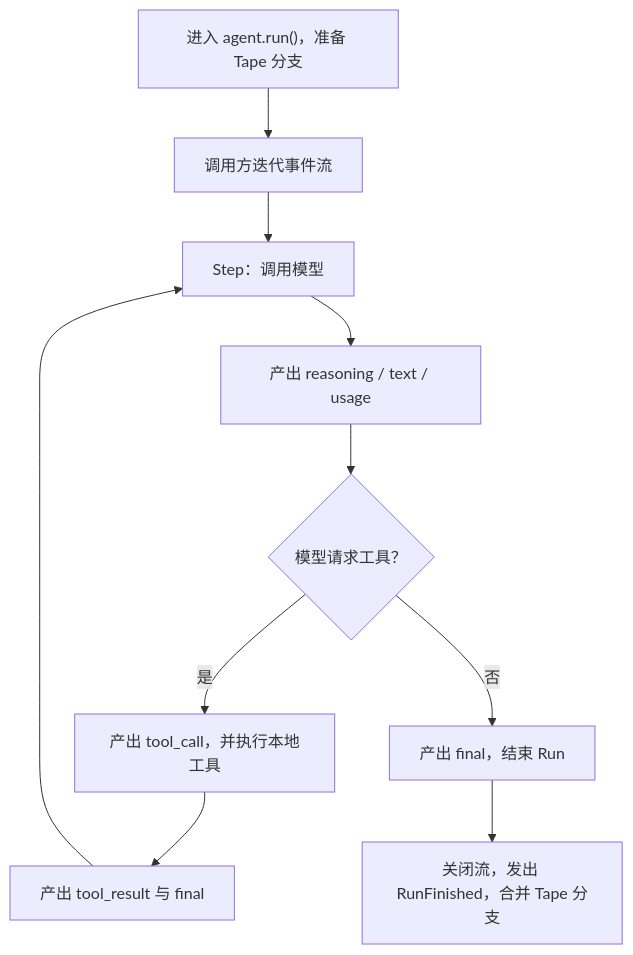
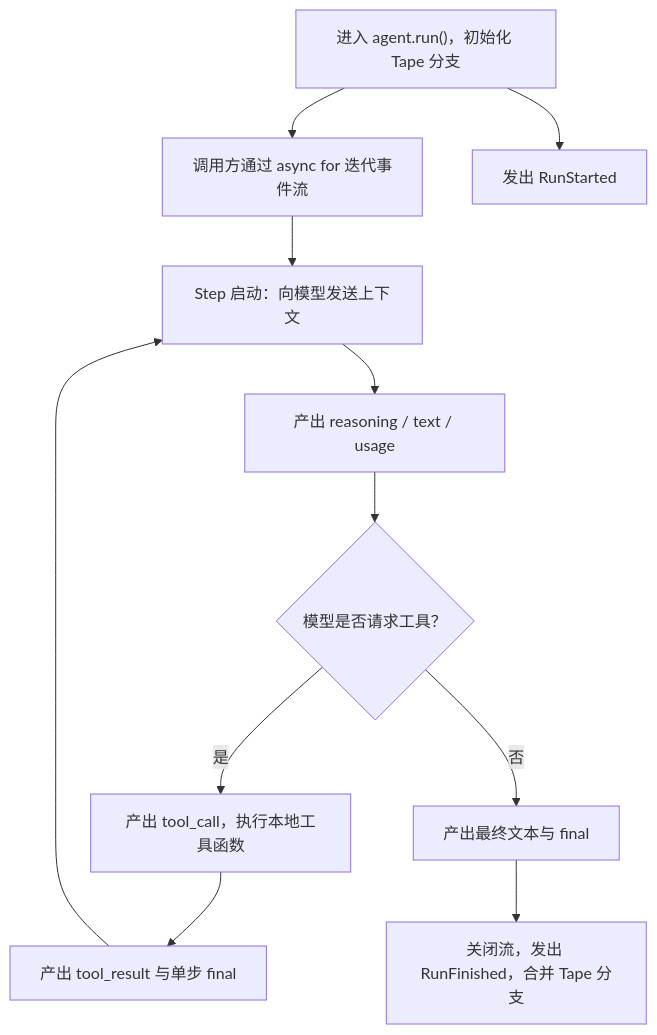
Before and after one commit to bubbuild/bub: the diagram in website/src/content/docs/zh-cn/docs/sdk/index.md, drawn with Mermaid. The commit also changed other lines of this file and 44 other files, not shown here.

````diff
--- a/website/src/content/docs/zh-cn/docs/sdk/index.md
+++ b/website/src/content/docs/zh-cn/docs/sdk/index.md
@@ -79,12 +45,13 @@
 ```mermaid
 flowchart TD
-    Start["进入 agent.run()，准备 Tape 分支"] --> Consume["调用方迭代事件流"]
-    Consume --> Step["Step：调用模型"]
+    Start["进入 agent.run()，初始化 Tape 分支"] --> Consume["调用方通过 async for 迭代事件流"]
+    Start --> RunStarted["发出 RunStarted"]
+    Consume --> Step["Step 启动：向模型发送上下文"]
     Step --> Output["产出 reasoning / text / usage"]
-    Output --> Decision{"模型请求工具？"}
-    Decision -->|"是"| Call["产出 tool_call，并执行本地工具"]
-    Call --> Result["产出 tool_result 与 final"]
+    Output --> Decision{"模型是否请求工具？"}
+    Decision -->|"是"| Call["产出 tool_call，执行本地工具函数"]
+    Call --> Result["产出 tool_result 与单步 final"]
     Result --> Step
-    Decision -->|"否"| Final["产出 final，结束 Run"]
+    Decision -->|"否"| Final["产出最终文本与 final"]
     Final --> Close["关闭流，发出 RunFinished，合并 Tape 分支"]
 ```
````
